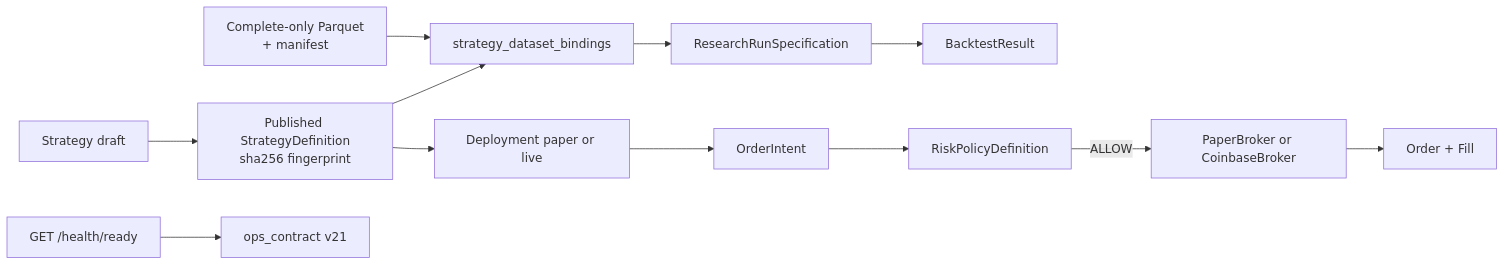
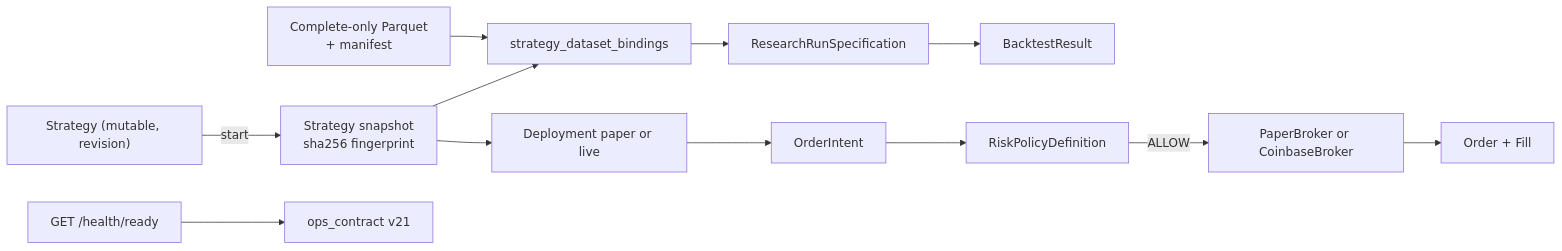
One commit to Zoltesh/thytrader changed the diagram in docs/architecture/contracts/README.md. Above: the diagram before and after it, drawn with Mermaid. The commit also changed other lines of this file and 216 other files, not shown here.

First line of the commit message:
feat: strategy-root model — mutable strategies, automatic snapshots, hard delete (ADR 0082)

````diff
--- a/docs/architecture/contracts/README.md
+++ b/docs/architecture/contracts/README.md
@@ -20,14 +20,14 @@
 ```mermaid
 flowchart LR
-  Draft["Strategy draft"] --> Published["Published StrategyDefinition\nsha256 fingerprint"]
+  Draft["Strategy (mutable, revision)"] -->|start| Published["Strategy snapshot\nsha256 fingerprint"]
   Dataset["Complete-only Parquet\n+ manifest"] --> Binding["strategy_dataset_bindings"]
   Published --> Binding
   Binding --> RunSpec["ResearchRunSpecification"]
   RunSpec --> Result["BacktestResult"]
   Published --> Deploy["Deployment paper or live"]
   Deploy --> Intent["OrderIntent"]
   Intent --> Risk["RiskPolicyDefinition"]
   Risk -->|ALLOW| Broker["PaperBroker or CoinbaseBroker"]
   Broker --> Order["Order + Fill"]
   Health["GET /health/ready"] --> Ops["ops_contract v21"]
 ```
````
